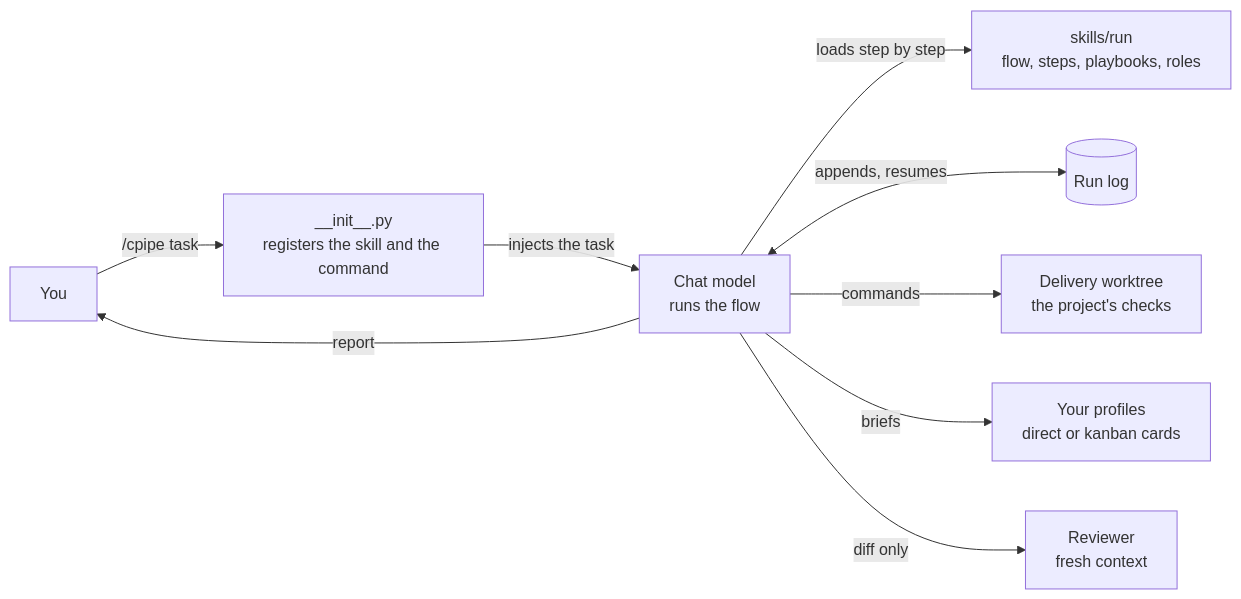
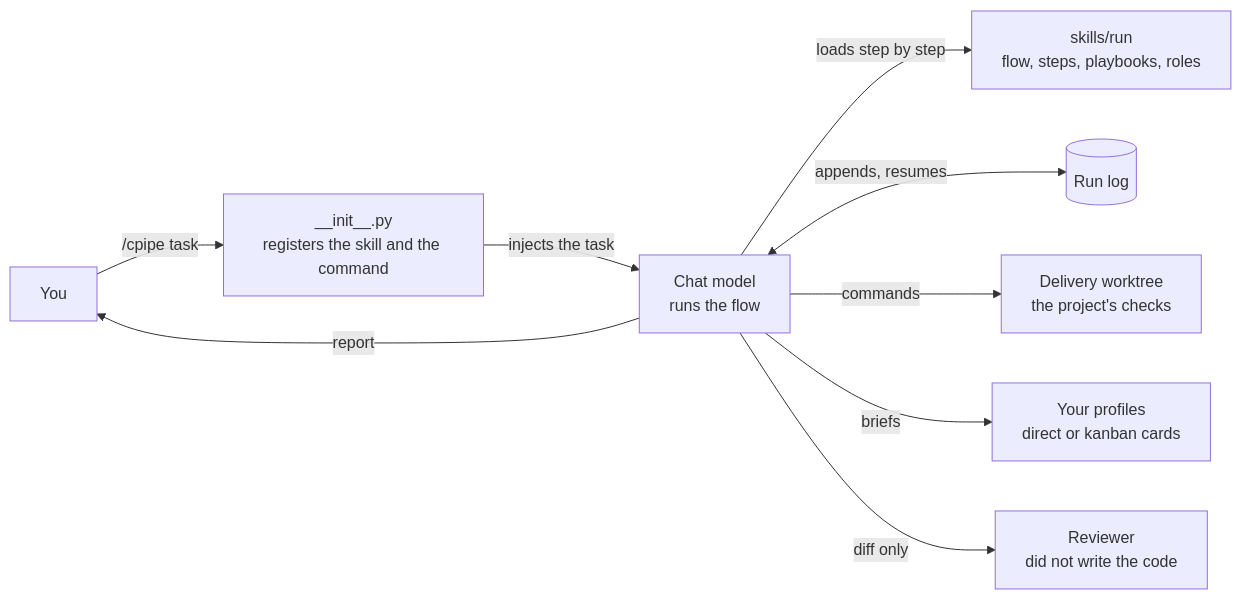
Before and after one commit to chryzxc/cpipe: the second of 2 diagrams in README.md, drawn with Mermaid. The commit also changed other lines of this file and 15 other files, not shown here.

````diff
--- a/README.md
+++ b/README.md
@@ -574,11 +592,11 @@
 ```mermaid
 flowchart LR
     U["You"] -->|"/cpipe task"| P["__init__.py<br/>registers the skill and the command"]
     P -->|injects the task| C["Chat model<br/>runs the flow"]
     C -->|loads step by step| K["skills/run<br/>flow, steps, playbooks, roles"]
     C <-->|appends, resumes| L[("Run log")]
     C -->|commands| W["Delivery worktree<br/>the project's checks"]
     C -->|briefs| R["Your profiles<br/>direct or kanban cards"]
-    C -->|diff only| V["Reviewer<br/>fresh context"]
+    C -->|diff only| V["Reviewer<br/>did not write the code"]
     C -->|report| U
 ```
````
